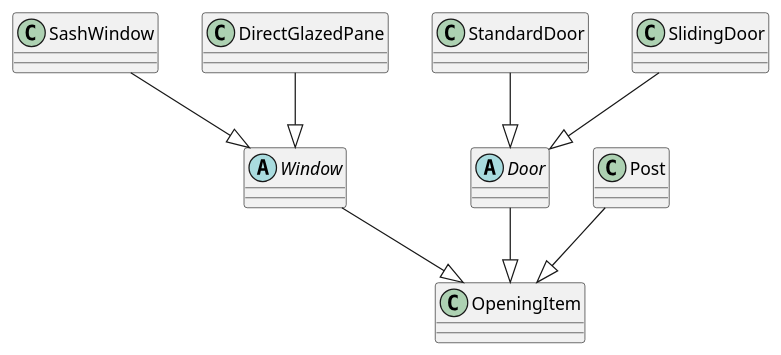
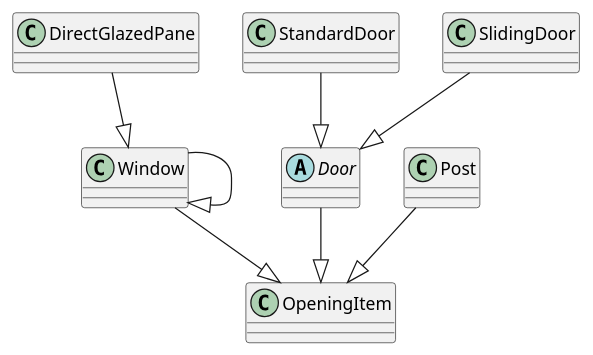
Before and after one commit to GeorgeDewar/myhome-ts: the diagram in docs/model.puml, drawn with PlantUML. The commit also changed 19 other files, not shown here.

Commit message:
Rename SashWindow to Window

```diff
--- a/docs/model.puml
+++ b/docs/model.puml
@@ -1,23 +1,23 @@
 @startuml
 
 class OpeningItem {}
 abstract class Window {}
 abstract class Door {}
 class Post {}
 Window --|> OpeningItem
 Door --|> OpeningItem
 Post --|> OpeningItem
 
 ' Window types
-class SashWindow {}
+class Window {}
 class DirectGlazedPane {}
-SashWindow --|> Window
+Window --|> Window
 DirectGlazedPane --|> Window
 
 ' Door types
 class StandardDoor {}
 class SlidingDoor {}
 StandardDoor --|> Door
 SlidingDoor --|> Door
 
 @enduml
```
